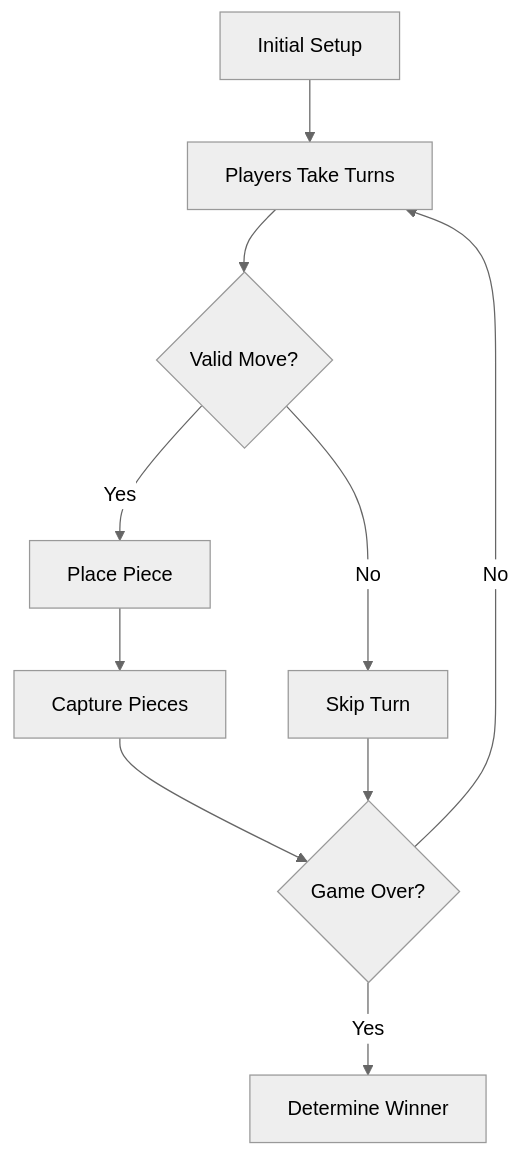
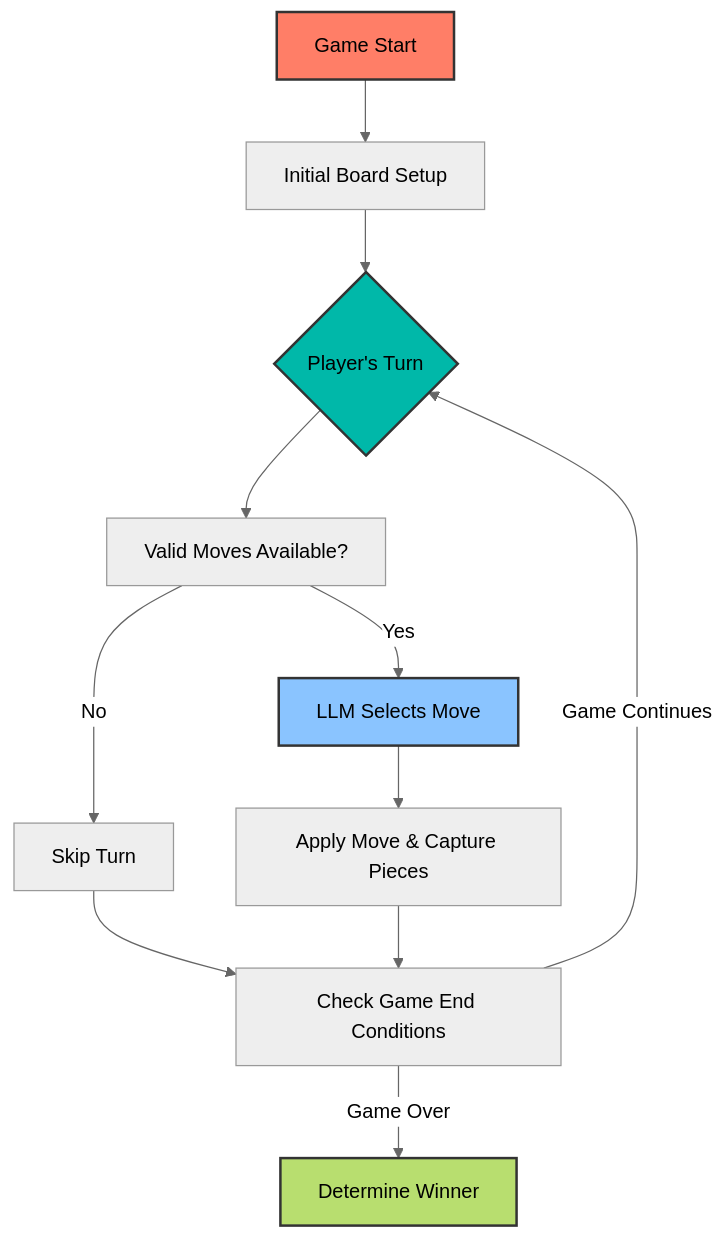
The second of 5 diagrams in README.md (siddharthprakash1/TransformerTournament), drawn with Mermaid (neutral theme) before and after one commit. The commit also changed other lines of this file, not shown here.

````diff
--- a/README.md
+++ b/README.md
@@ -77,12 +41,18 @@
 ```mermaid
 graph TD
-    A[Initial Setup] --> B[Players Take Turns]
-    B --> C{Valid Move?}
-    C -->|Yes| D[Place Piece]
-    C -->|No| E[Skip Turn]
-    D --> F[Capture Pieces]
-    F --> G{Game Over?}
-    E --> G
-    G -->|Yes| H[Determine Winner]
-    G -->|No| B
+    A[Game Start] --> B[Initial Board Setup]
+    B --> C{Player's Turn}
+    C --> D[Valid Moves Available?]
+    D -->|Yes| E[LLM Selects Move]
+    D -->|No| F[Skip Turn]
+    E --> G[Apply Move & Capture Pieces]
+    F --> H[Check Game End Conditions]
+    G --> H
+    H -->|Game Continues| C
+    H -->|Game Over| I[Determine Winner]
+    
+    style A fill:#ff7e67,stroke:#333,stroke-width:2px,color:#000
+    style C fill:#00b8a9,stroke:#333,stroke-width:2px,color:#000
+    style E fill:#8ac4ff,stroke:#333,stroke-width:2px,color:#000
+    style I fill:#b8de6f,stroke:#333,stroke-width:2px,color:#000
 ```
````
